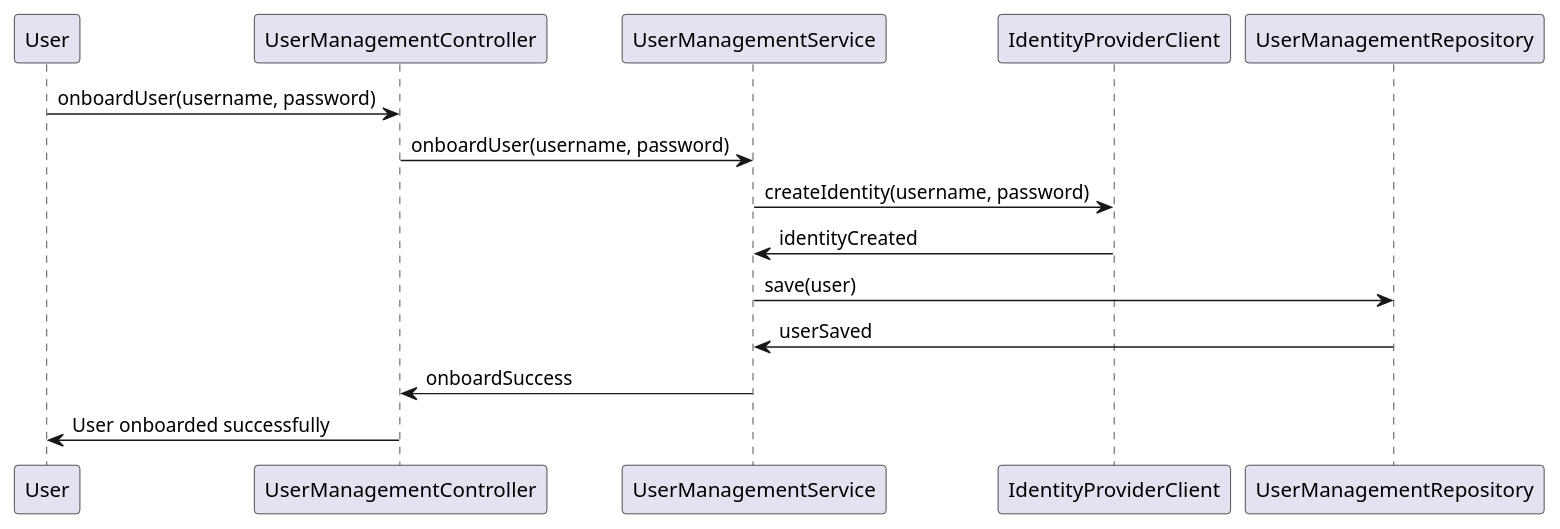
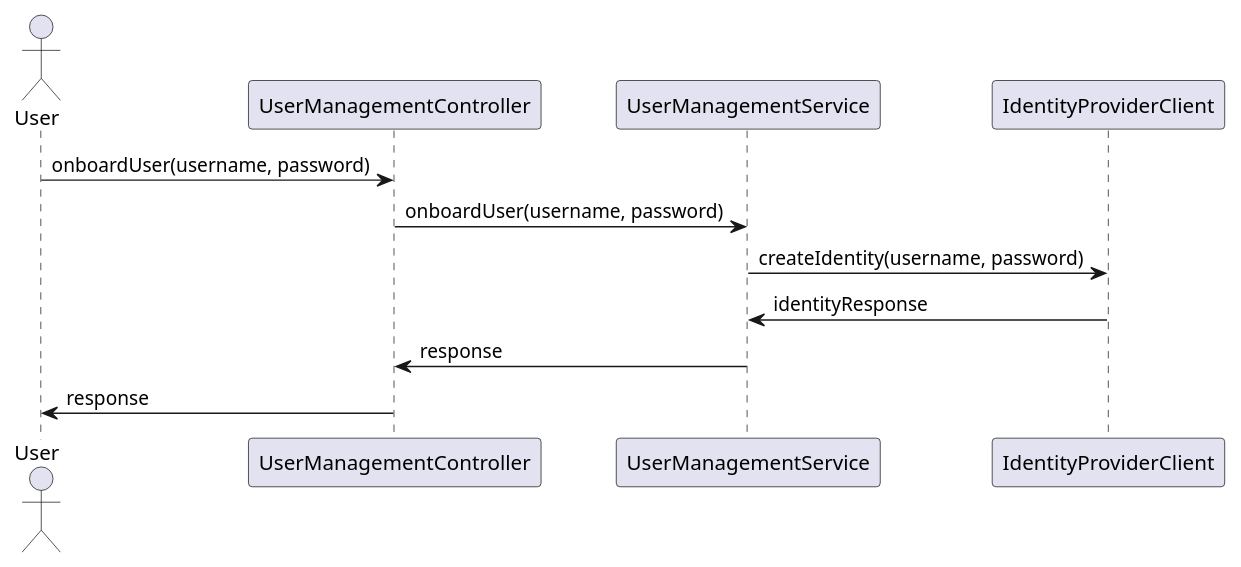
The first of 4 diagrams in usermanagement/documentation/detaileddesign.adoc (shreya-cn/autodev.ai), drawn with PlantUML before and after one commit. The commit also changed other lines of this file and 7 other files, not shown here.

```diff
--- a/usermanagement/documentation/detaileddesign.adoc
+++ b/usermanagement/documentation/detaileddesign.adoc
@@ -106,17 +107,16 @@
 [plantuml, user-registration-sequence, png]
-....
-participant "User" as U
-participant "UserManagementController" as C
-participant "UserManagementService" as S
-participant "IdentityProviderClient" as IPC
-participant "UserManagementRepository" as R
+----
+@startuml
+actor User
+participant "UserManagementController" as Controller
+participant "UserManagementService" as Service
+participant "IdentityProviderClient" as IdentityProvider
 
-U -> C: onboardUser(username, password)
-C -> S: onboardUser(username, password)
-S -> IPC: createIdentity(username, password)
-IPC -> S: identityCreated
-S -> R: save(user)
-R -> S: userSaved
-S -> C: onboardSuccess
-C -> U: User onboarded successfully
-....
+User -> Controller: onboardUser(username, password)
+Controller -> Service: onboardUser(username, password)
+Service -> IdentityProvider: createIdentity(username, password)
+IdentityProvider -> Service: identityResponse
+Service -> Controller: response
+Controller -> User: response
+@enduml
+----
```
